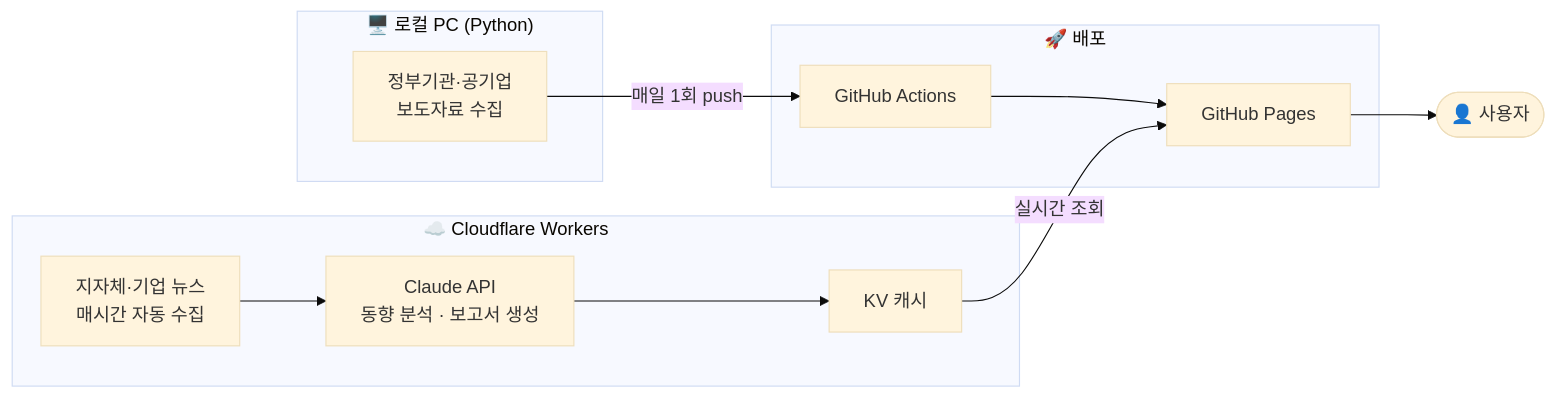
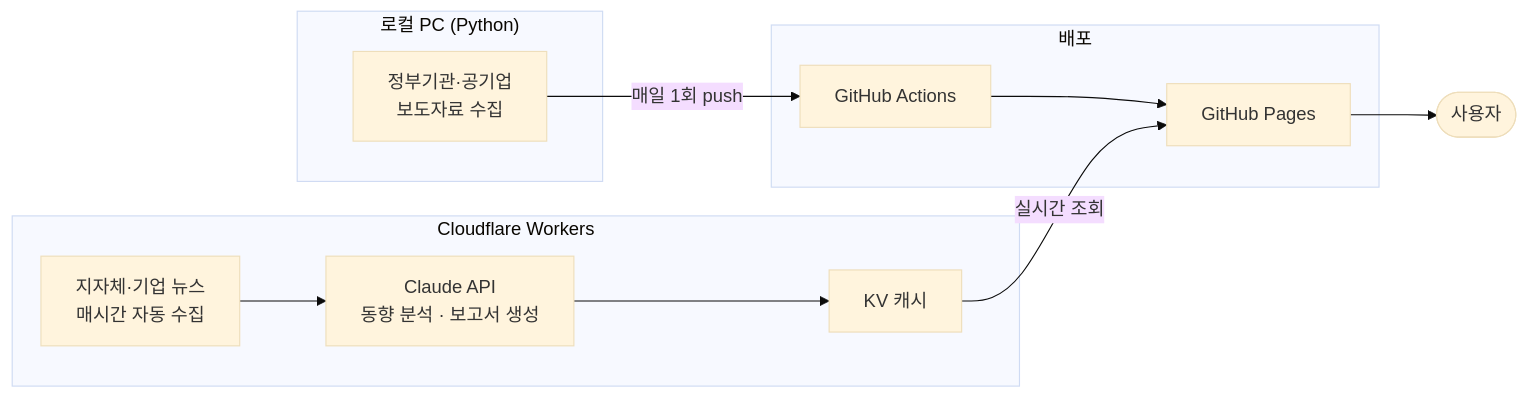
The diagram in PORTFOLIO_README.md (JangIngeon/Ingeon_portfolio), drawn with Mermaid (base theme) before and after one commit. The commit also changed other lines of this file, not shown here.

````diff
--- a/PORTFOLIO_README.md
+++ b/PORTFOLIO_README.md
@@ -59,23 +59,23 @@
 ```mermaid
 flowchart LR
-    subgraph Local["🖥️ 로컬 PC (Python)"]
+    subgraph Local["로컬 PC (Python)"]
         A[정부기관·공기업<br/>보도자료 수집]
     end
 
-    subgraph Cloud["☁️ Cloudflare Workers"]
+    subgraph Cloud["Cloudflare Workers"]
         B[지자체·기업 뉴스<br/>매시간 자동 수집]
         C[Claude API<br/>동향 분석 · 보고서 생성]
         D[KV 캐시]
         B --> C --> D
     end
 
-    subgraph Deploy["🚀 배포"]
+    subgraph Deploy["배포"]
         E[GitHub Actions]
         F[GitHub Pages]
         E --> F
     end
 
     A -->|매일 1회 push| E
     D -->|실시간 조회| F
-    F --> G([👤 사용자])
+    F --> G([사용자])
 ```
````
